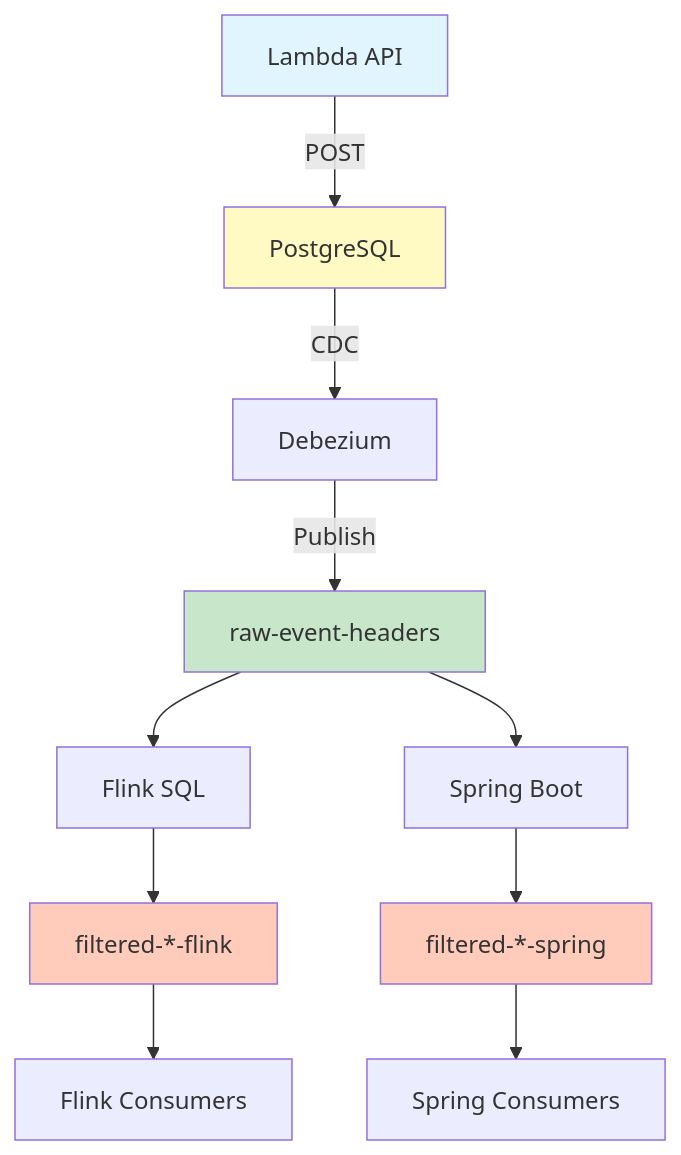
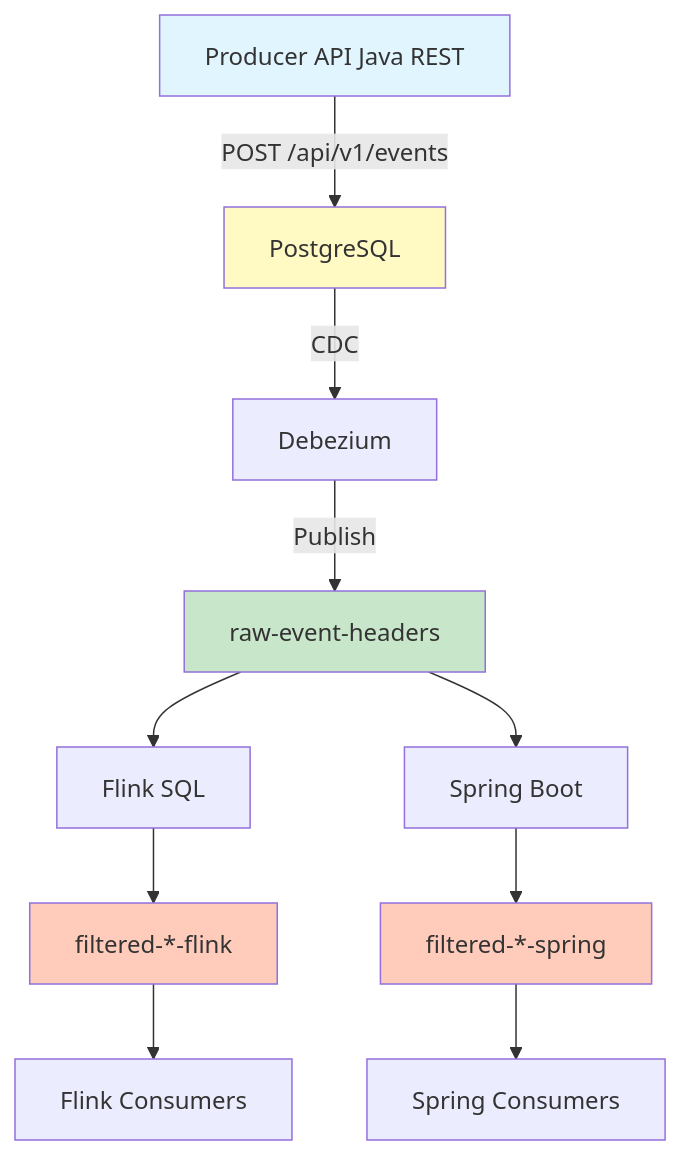
Before and after one commit to RickZee/api-performance-multi-lang: the diagram in cdc-streaming/E2E_TEST_PIPELINE_GUIDE.md, drawn with Mermaid. The commit also changed other lines of this file and 5 other files, not shown here.

Commit message:
Testing with java producer api

````diff
--- a/cdc-streaming/E2E_TEST_PIPELINE_GUIDE.md
+++ b/cdc-streaming/E2E_TEST_PIPELINE_GUIDE.md
@@ -11,21 +11,21 @@
 ```mermaid
 flowchart TD
-    A[Lambda API] -->|POST| B[PostgreSQL]
+    A[Producer API Java REST] -->|POST /api/v1/events| B[PostgreSQL]
     B -->|CDC| C[Debezium]
     C -->|Publish| D[raw-event-headers]
     
     D --> E1[Flink SQL]
     D --> E2[Spring Boot]
     
     E1 --> F1[filtered-*-flink]
     E2 --> F2[filtered-*-spring]
     
     F1 --> G1[Flink Consumers]
     F2 --> G2[Spring Consumers]
     
     style A fill:#e1f5ff
     style B fill:#fff9c4
     style D fill:#c8e6c9
     style F1 fill:#ffccbc
     style F2 fill:#ffccbc
 ```
````
